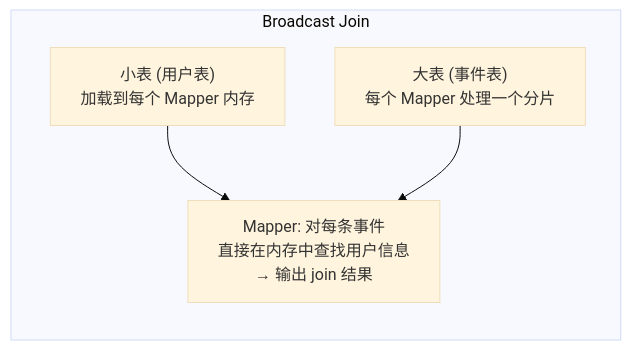
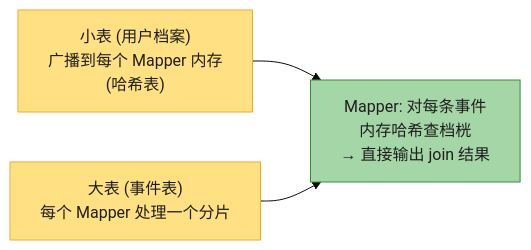
Before and after one commit to socoo123/ddia_2nd: diagram 13 of 24 in ch11-批处理.md, drawn with Mermaid (base theme). The commit also changed other lines of this file and 5 other files, not shown here.

````diff
--- a/ch11-批处理.md
+++ b/ch11-批处理.md
@@ -287,10 +649,10 @@
 ```mermaid
-graph LR
-    subgraph BJ["Broadcast Join"]
-        SMALL["小表 (用户表)<br/>加载到每个 Mapper 内存"]
-        LARGE["大表 (事件表)<br/>每个 Mapper 处理一个分片"]
-        MAPPER["Mapper: 对每条事件<br/>直接在内存中查找用户信息<br/>→ 输出 join 结果"]
-        SMALL --> MAPPER
-        LARGE --> MAPPER
-    end
+flowchart LR
+    SMALL["小表 (用户档案)<br/>广播到每个 Mapper 内存<br/>(哈希表)"] --> MAPPER
+    LARGE["大表 (事件表)<br/>每个 Mapper 处理一个分片"] --> MAPPER
+    MAPPER["Mapper: 对每条事件<br/>内存哈希查档桄<br/>→ 直接输出 join 结果"]
+
+    style SMALL fill:#FFE082,stroke:#F9A825,color:#1f1f1f
+    style LARGE fill:#FFE082,stroke:#F9A825,color:#1f1f1f
+    style MAPPER fill:#A5D6A7,stroke:#388E3C,color:#1f1f1f
 ```
````
